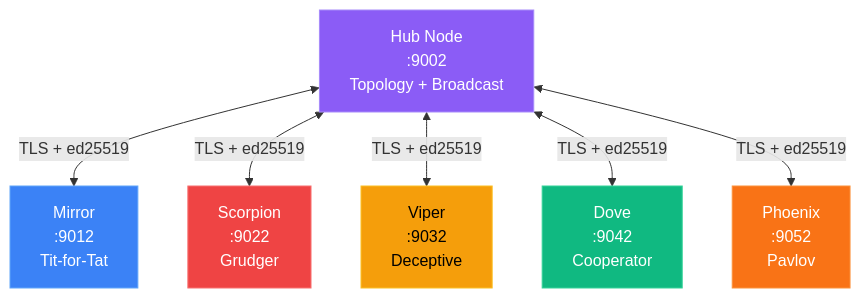
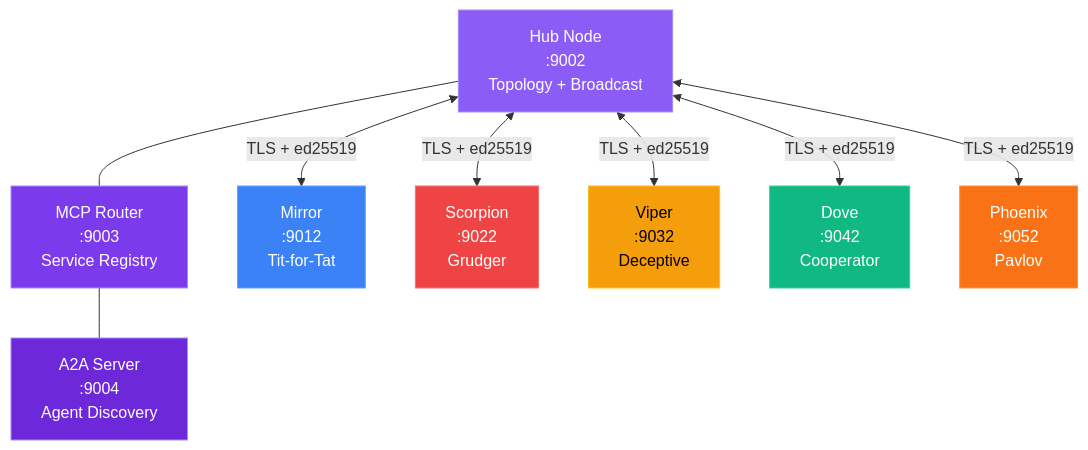
The third of 3 diagrams in README.md (louissarvin/AgentPrisonerDillema), drawn with Mermaid before and after one commit. The commit also changed other lines of this file, not shown here.

Commit message:
docs: update architecture and topology diagrams with MCP router, A2A server, and encryption

````diff
--- a/README.md
+++ b/README.md
@@ -186,23 +196,29 @@
 ```mermaid
 flowchart TD
     Hub["Hub Node<br/>:9002<br/>Topology + Broadcast"]
+    MCPRouter["MCP Router<br/>:9003<br/>Service Registry"]
+    A2A["A2A Server<br/>:9004<br/>Agent Discovery"]
 
     Mirror["Mirror<br/>:9012<br/>Tit-for-Tat"]
     Scorpion["Scorpion<br/>:9022<br/>Grudger"]
     Viper["Viper<br/>:9032<br/>Deceptive"]
     Dove["Dove<br/>:9042<br/>Cooperator"]
     Phoenix["Phoenix<br/>:9052<br/>Pavlov"]
 
     Hub <-->|"TLS + ed25519"| Mirror
     Hub <-->|"TLS + ed25519"| Scorpion
     Hub <-->|"TLS + ed25519"| Viper
     Hub <-->|"TLS + ed25519"| Dove
     Hub <-->|"TLS + ed25519"| Phoenix
+    Hub --- MCPRouter
+    MCPRouter --- A2A
 
     style Hub fill:#8b5cf6,stroke:#a78bfa,color:#fff
+    style MCPRouter fill:#7c3aed,stroke:#a78bfa,color:#fff
+    style A2A fill:#6d28d9,stroke:#a78bfa,color:#fff
     style Mirror fill:#3b82f6,stroke:#60a5fa,color:#fff
     style Scorpion fill:#ef4444,stroke:#f87171,color:#fff
     style Viper fill:#f59e0b,stroke:#fbbf24,color:#000
     style Dove fill:#10b981,stroke:#34d399,color:#fff
     style Phoenix fill:#f97316,stroke:#fb923c,color:#fff
 ```
````
